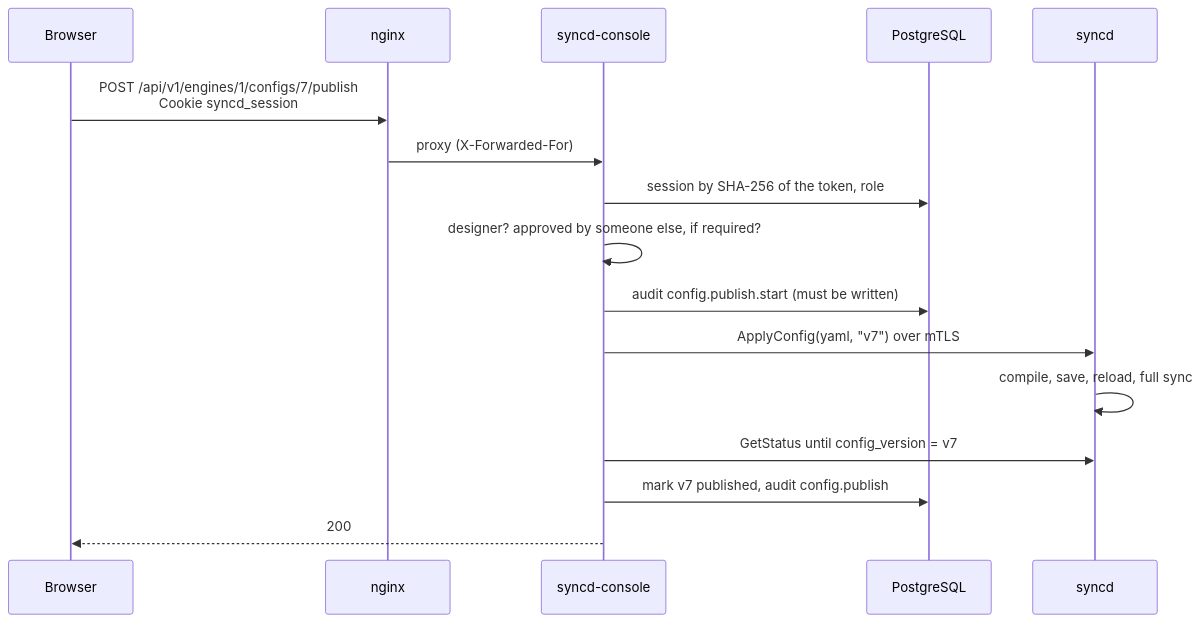
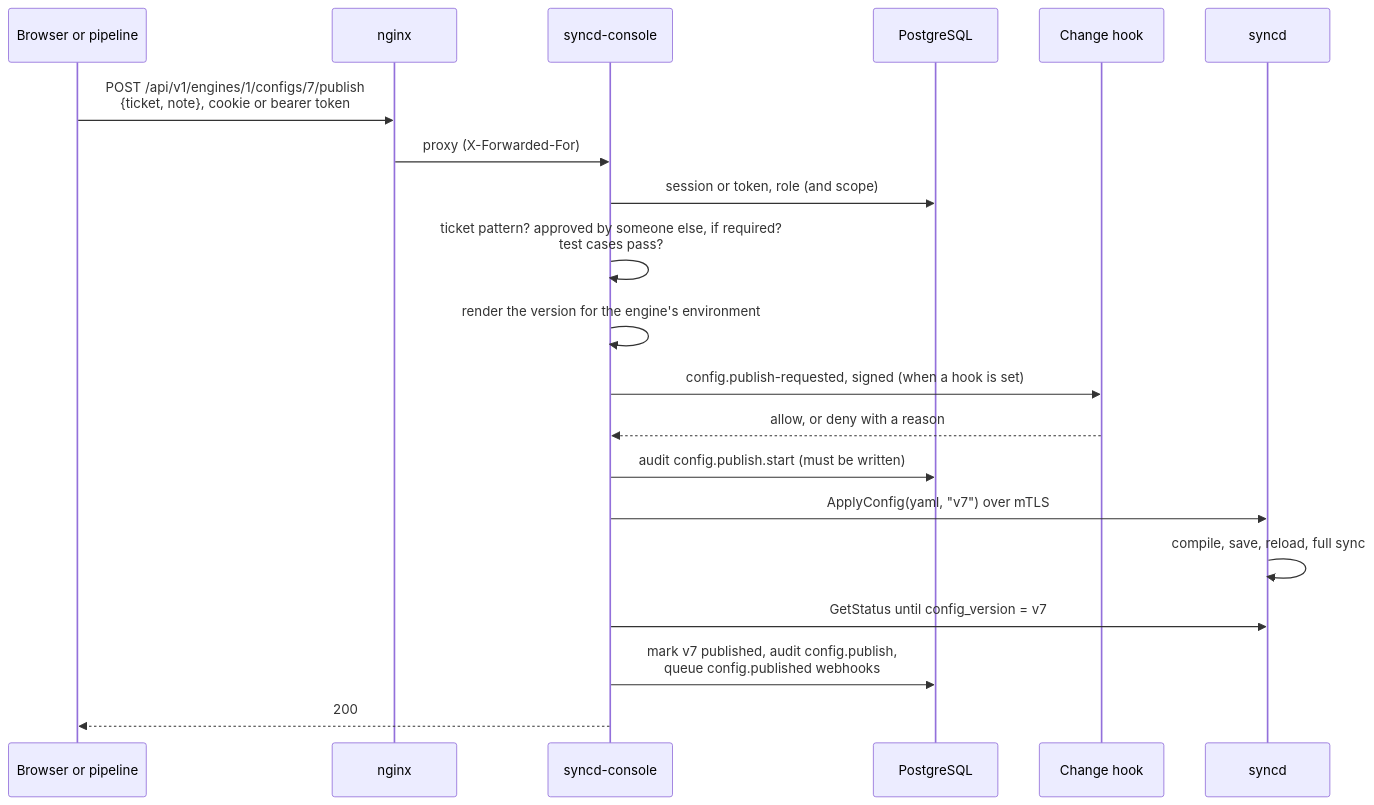
The sixth of 8 diagrams in docs/syncd/architecture.md (winllc/ens-apps-documentation), drawn with Mermaid before and after one commit. The commit also changed other lines of this file and 3 other files, not shown here.

````diff
--- a/docs/syncd/architecture.md
+++ b/docs/syncd/architecture.md
@@ -309,19 +545,23 @@
 ```mermaid
 sequenceDiagram
-    participant B as Browser
+    participant B as Browser or pipeline
     participant N as nginx
     participant C as syncd-console
     participant P as PostgreSQL
+    participant H as Change hook
     participant E as syncd
 
-    B->>N: POST /api/v1/engines/1/configs/7/publish<br/>Cookie syncd_session
+    B->>N: POST /api/v1/engines/1/configs/7/publish<br/>{ticket, note}, cookie or bearer token
     N->>C: proxy (X-Forwarded-For)
-    C->>P: session by SHA-256 of the token, role
-    C->>C: designer? approved by someone else, if required?
+    C->>P: session or token, role (and scope)
+    C->>C: ticket pattern? approved by someone else, if required?<br/>test cases pass?
+    C->>C: render the version for the engine's environment
+    C->>H: config.publish-requested, signed (when a hook is set)
+    H-->>C: allow, or deny with a reason
     C->>P: audit config.publish.start (must be written)
     C->>E: ApplyConfig(yaml, "v7") over mTLS
     E->>E: compile, save, reload, full sync
     C->>E: GetStatus until config_version = v7
-    C->>P: mark v7 published, audit config.publish
+    C->>P: mark v7 published, audit config.publish,<br/>queue config.published webhooks
     C-->>B: 200
 ```
````
